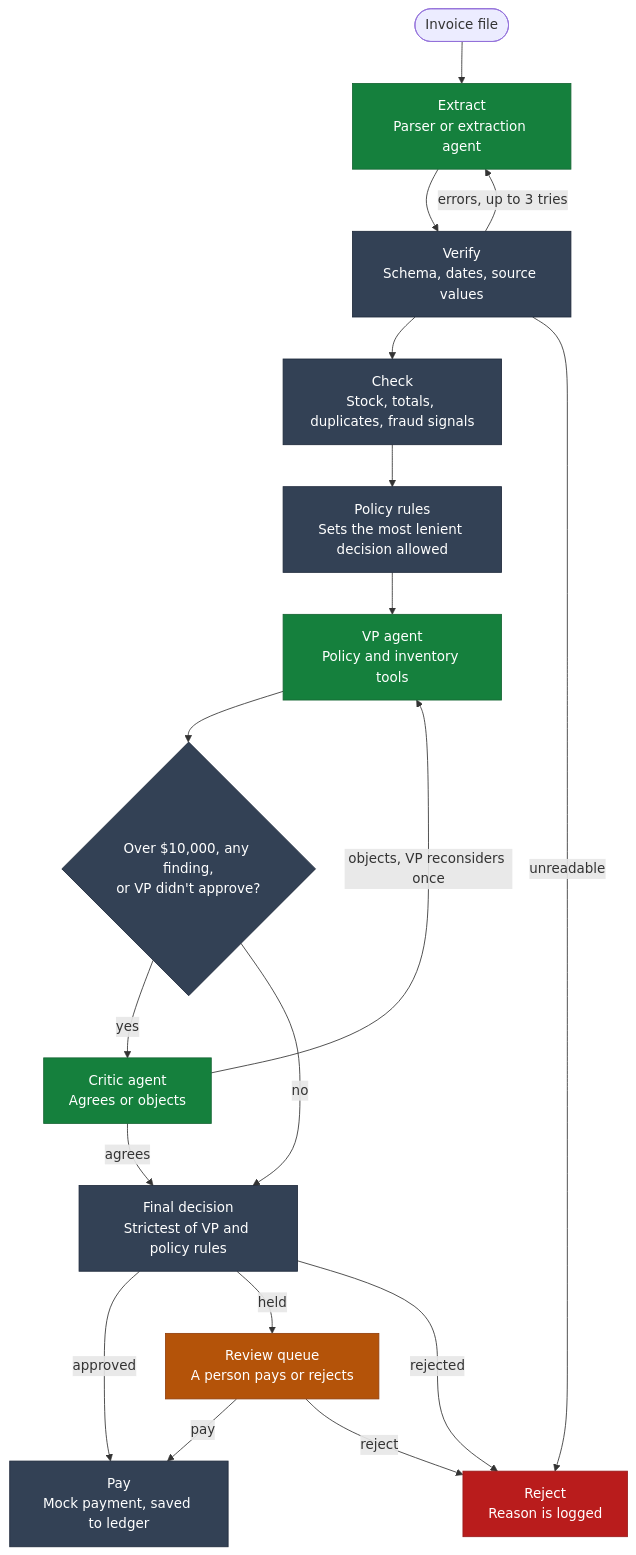
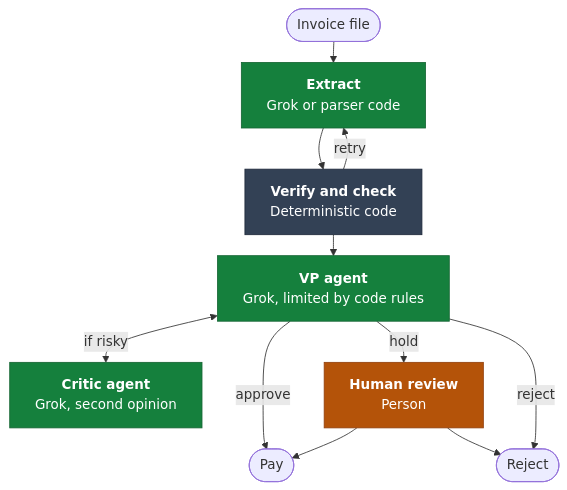
The diagram in README.md (sxknnn/galatiq-case-invoices), drawn with Mermaid before and after one commit. The commit also changed other lines of this file, not shown here.

Commit message:
docs: simplify architecture diagram

````diff
--- a/README.md
+++ b/README.md
@@ -57,29 +57,21 @@
 ```mermaid
-flowchart TD
-    A([Invoice file]) --> B["Extract<br/>Parser or extraction agent"]
-    B --> C["Verify<br/>Schema, dates, source values"]
-    C -- "errors, up to 3 tries" --> B
-    C --> D["Check<br/>Stock, totals, duplicates, fraud signals"]
-    C -- "unreadable" --> L
-    D --> E["Policy rules<br/>Sets the most lenient decision allowed"]
-    E --> F["VP agent<br/>Policy and inventory tools"]
-    F --> G{"Over $10,000, any finding,<br/>or VP didn't approve?"}
-    G -- "yes" --> H["Critic agent<br/>Agrees or objects"]
-    H -- "objects, VP reconsiders once" --> F
-    H -- "agrees" --> I["Final decision<br/>Strictest of VP and policy rules"]
-    G -- "no" --> I
-    I -- "approved" --> J["Pay<br/>Mock payment, saved to ledger"]
-    I -- "held" --> K["Review queue<br/>A person pays or rejects"]
-    I -- "rejected" --> L["Reject<br/>Reason is logged"]
-    K -- "pay" --> J
-    K -- "reject" --> L
+%%{init: {"flowchart": {"nodeSpacing": 60, "rankSpacing": 25, "wrappingWidth": 340}}}%%
+flowchart TB
+    A(["Invoice file"]) --> B["<b>Extract</b><br>Grok or parser code"]
+    B --> C["<b>Verify and check</b><br>Deterministic code"]
+    C -- "retry" --> B
+    C --> F["<b>VP agent</b><br>Grok, limited by code rules"]
+    F <-- "if risky" --> H["<b>Critic agent</b><br>Grok, second opinion"]
+    F -- "approve" --> J(["Pay"])
+    F -- "hold" --> K["<b>Human review</b><br>Person"]
+    F -- "reject" --> L(["Reject"])
+    K --> J
+    K --> L
 
     classDef agent fill:#15803D,stroke:#166534,color:#fff
     classDef code fill:#334155,stroke:#1E293B,color:#fff
     classDef person fill:#B45309,stroke:#92400E,color:#fff
-    classDef stop fill:#B91C1C,stroke:#991B1B,color:#fff
     class B,F,H agent
-    class C,D,E,G,I,J code
+    class C code
     class K person
-    class L stop
 ```
````
